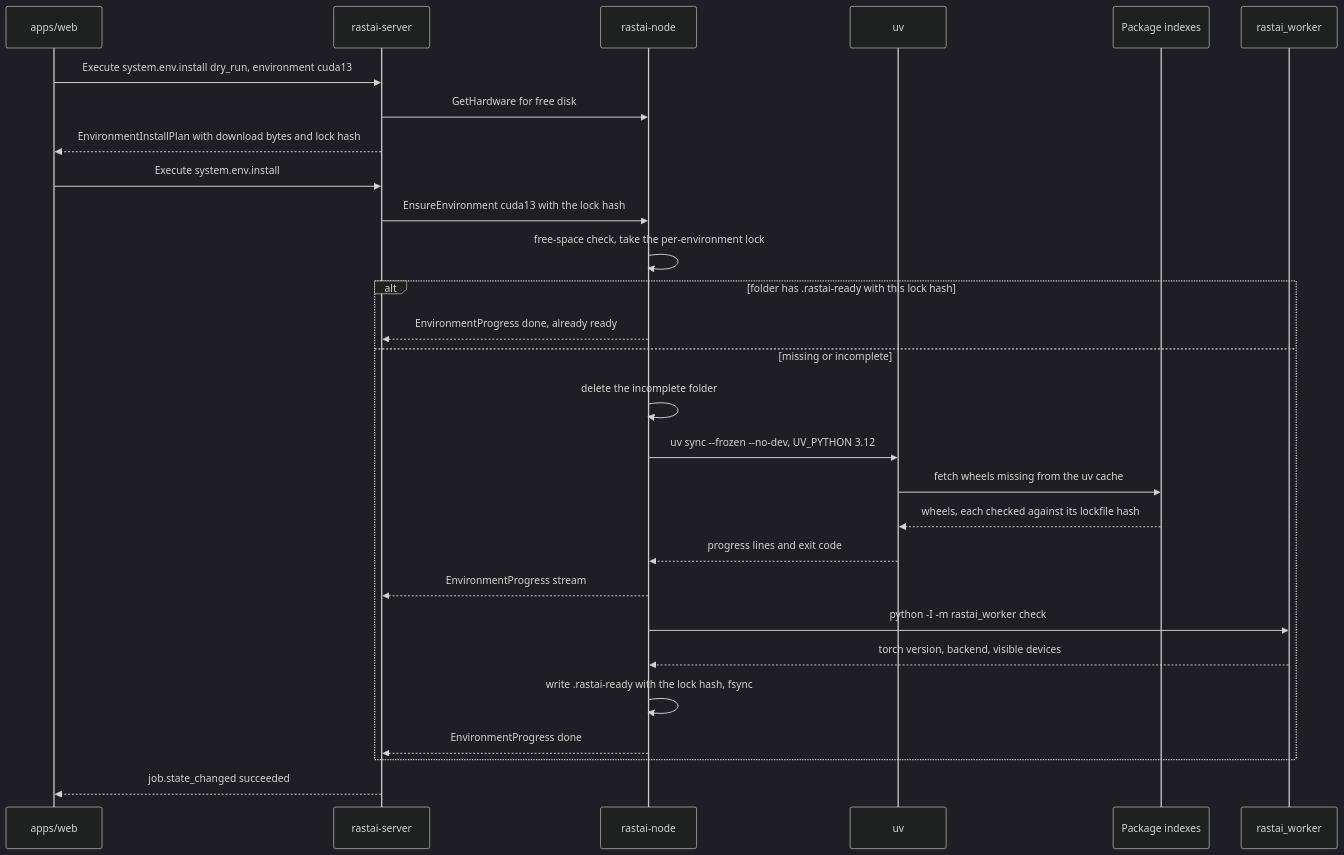
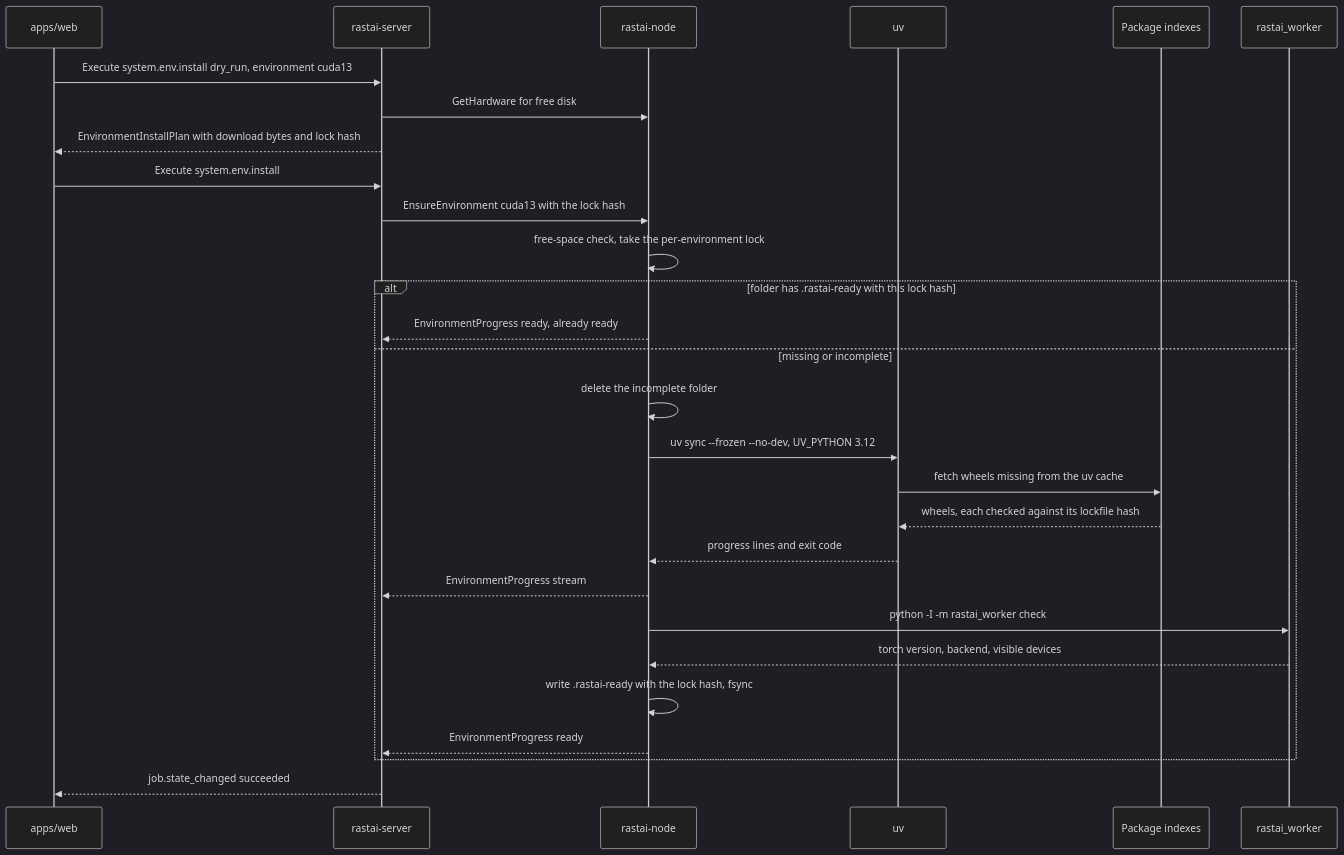
One commit to Snubiss/RASTAI-Research-Studio changed the third of 55 diagrams in docs/architecture/flows/platform.md. Above: the diagram before and after it, drawn with Mermaid (dark theme). The commit also changed 137 other files, not shown here.

````diff
--- a/docs/architecture/flows/platform.md
+++ b/docs/architecture/flows/platform.md
@@ -149,30 +149,30 @@
 ```mermaid
 sequenceDiagram
   participant WEB as apps/web
   participant SRV as rastai-server
   participant ND as rastai-node
   participant UV as uv
   participant IDX as Package indexes
   participant WK as rastai_worker
   WEB->>SRV: Execute system.env.install dry_run, environment cuda13
   SRV->>ND: GetHardware for free disk
   SRV-->>WEB: EnvironmentInstallPlan with download bytes and lock hash
   WEB->>SRV: Execute system.env.install
   SRV->>ND: EnsureEnvironment cuda13 with the lock hash
   ND->>ND: free-space check, take the per-environment lock
   alt folder has .rastai-ready with this lock hash
-    ND-->>SRV: EnvironmentProgress done, already ready
+    ND-->>SRV: EnvironmentProgress ready, already ready
   else missing or incomplete
     ND->>ND: delete the incomplete folder
     ND->>UV: uv sync --frozen --no-dev, UV_PYTHON 3.12
     UV->>IDX: fetch wheels missing from the uv cache
     IDX-->>UV: wheels, each checked against its lockfile hash
     UV-->>ND: progress lines and exit code
     ND-->>SRV: EnvironmentProgress stream
     ND->>WK: python -I -m rastai_worker check
     WK-->>ND: torch version, backend, visible devices
     ND->>ND: write .rastai-ready with the lock hash, fsync
-    ND-->>SRV: EnvironmentProgress done
+    ND-->>SRV: EnvironmentProgress ready
   end
   SRV-->>WEB: job.state_changed succeeded
 ```
````
